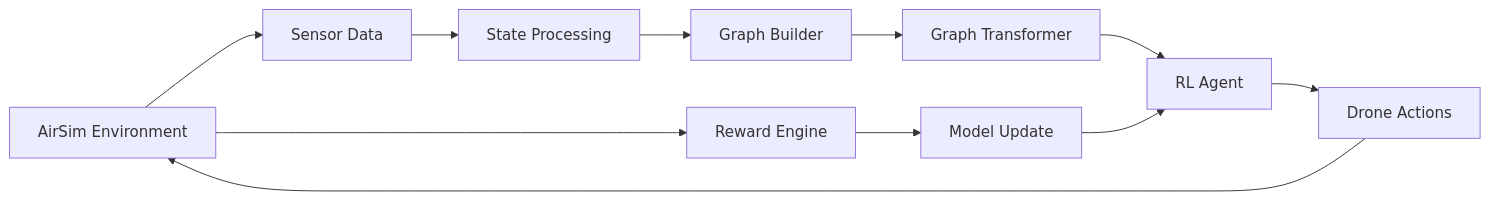
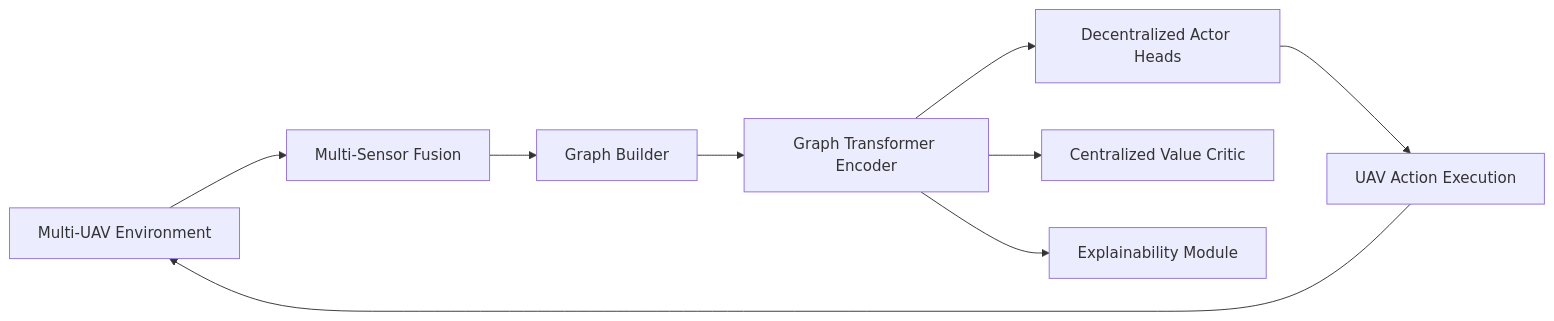
One commit to Etrlnx/Zippie-RL-UAV-Navigation changed the first of 2 diagrams in README.md. Above: the diagram before and after it, drawn with Mermaid. The commit also changed other lines of this file, not shown here.

Commit message:
docs: update README with full system architecture, usage, and benchmark specifications

````diff
--- a/README.md
+++ b/README.md
@@ -93,24 +43,11 @@
 ```mermaid
 flowchart LR
-
-A[AirSim Environment]
-B[Sensor Data]
-C[State Processing]
-D[Graph Builder]
-E[Graph Transformer]
-F[RL Agent]
-G[Drone Actions]
-H[Reward Engine]
-I[Model Update]
-
-A --> B
-B --> C
-C --> D
-D --> E
-E --> F
-F --> G
-G --> A
-A --> H
-H --> I
-I --> F
+    A[Multi-UAV Environment] --> B[Multi-Sensor Fusion]
+    B --> C[Graph Builder]
+    C --> D[Graph Transformer Encoder]
+    D --> E[Decentralized Actor Heads]
+    D --> F[Centralized Value Critic]
+    E --> G[UAV Action Execution]
+    G --> A
+    D --> H[Explainability Module]
 ```
````
